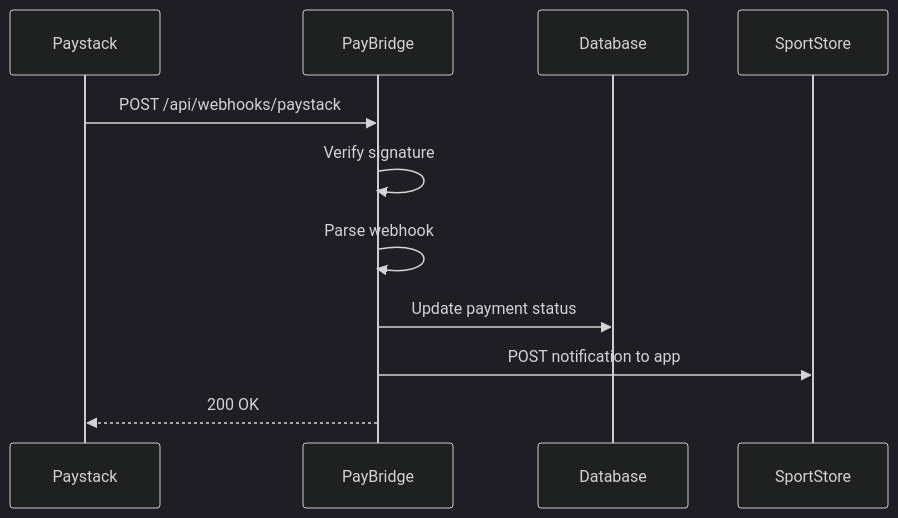
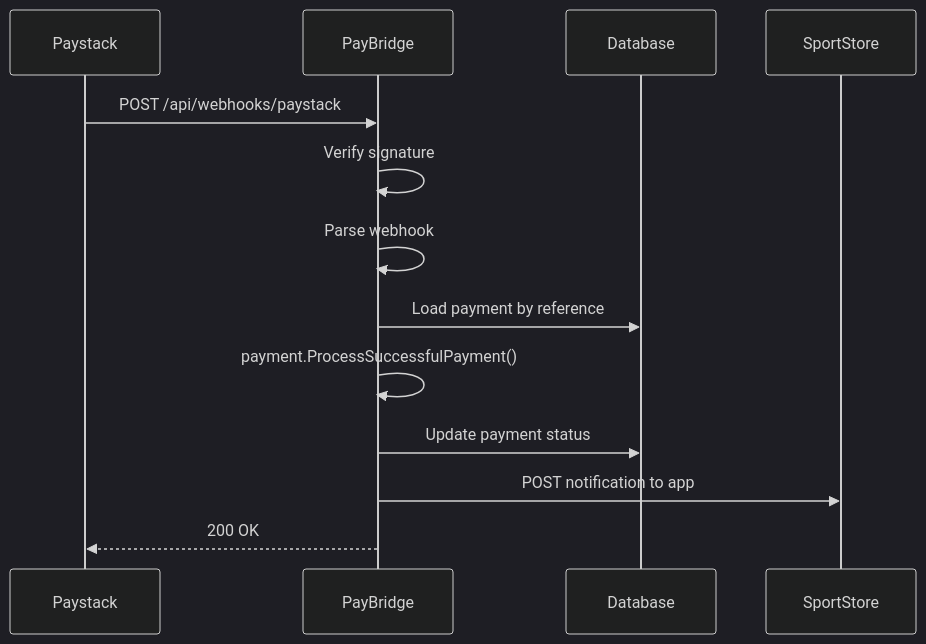
One commit to samuelcmbah/PayBridge changed the second of 2 diagrams in README.md. Above: the diagram before and after it, drawn with Mermaid (dark theme). The commit also changed other lines of this file, not shown here.

````diff
--- a/README.md
+++ b/README.md
@@ -225,14 +327,16 @@
 ```mermaid
 sequenceDiagram
     participant PS as Paystack
     participant PB as PayBridge
     participant DB as Database
     participant App as SportStore
     
     PS->>PB: POST /api/webhooks/paystack
     PB->>PB: Verify signature
     PB->>PB: Parse webhook
+    PB->>DB: Load payment by reference
+    PB->>PB: payment.ProcessSuccessfulPayment()
     PB->>DB: Update payment status
     PB->>App: POST notification to app
     PB-->>PS: 200 OK
 ```
````
